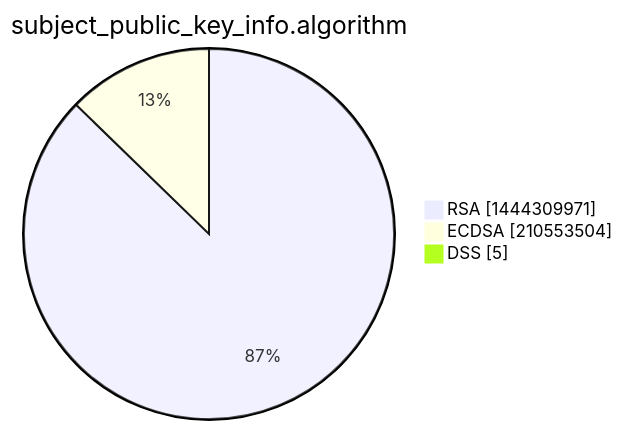
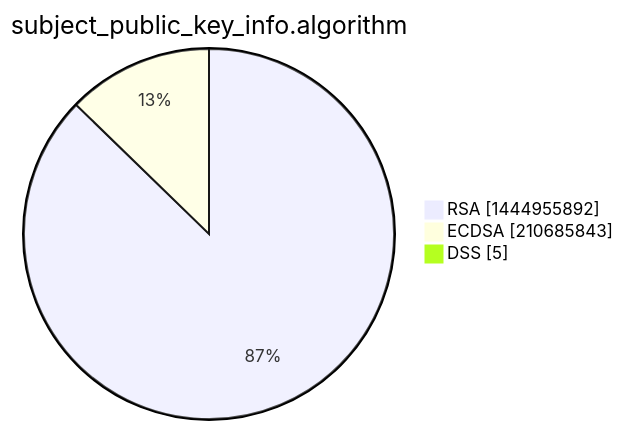
One commit to christiankrug/ctmonitor_visualization changed the third of 15 diagrams in xenon2022/README.md. Above: the diagram before and after it, drawn with Mermaid. The commit also changed other lines of this file, not shown here.

````diff
--- a/xenon2022/README.md
+++ b/xenon2022/README.md
@@ -14,7 +14,7 @@
 ```mermaid
 pie showData
 title subject_public_key_info.algorithm
-"RSA" :1444309971
-"ECDSA" :210553504
+"RSA" :1444955892
+"ECDSA" :210685843
 "DSS" :5
 ```
````
